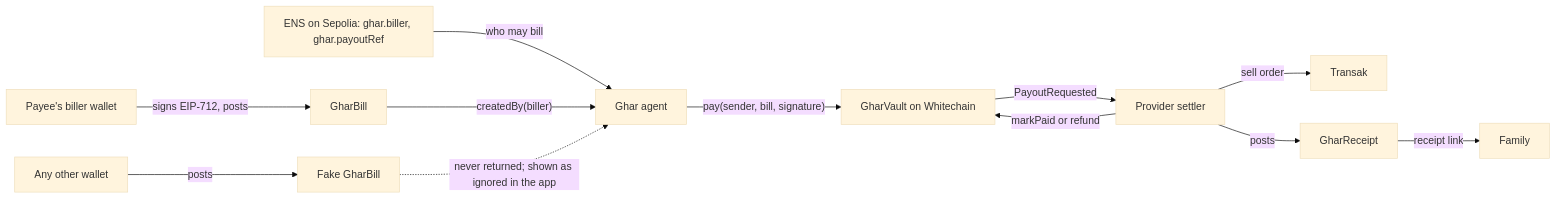
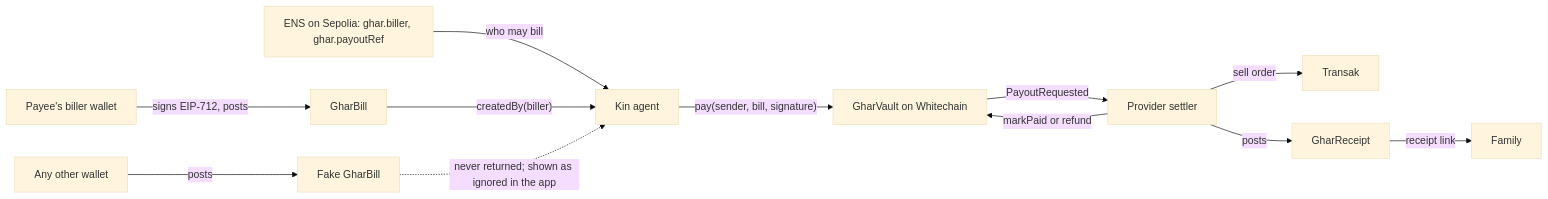
Before and after one commit to asrithtanniru/ETHGlobal: the diagram in arkiv/schema.md, drawn with Mermaid (base theme). The commit also changed other lines of this file and 5 other files, not shown here.

````diff
--- a/arkiv/schema.md
+++ b/arkiv/schema.md
@@ -7,14 +7,14 @@
 ```mermaid
 flowchart LR
   Biller["Payee's biller wallet"] -->|"signs EIP-712, posts"| Bill["GharBill"]
   Scammer["Any other wallet"] -->|"posts"| Fake["Fake GharBill"]
-  ENS["ENS on Sepolia: ghar.biller, ghar.payoutRef"] -->|"who may bill"| Agent["Ghar agent"]
+  ENS["ENS on Sepolia: ghar.biller, ghar.payoutRef"] -->|"who may bill"| Agent["Kin agent"]
   Bill -->|"createdBy(biller)"| Agent
   Fake -.->|"never returned; shown as ignored in the app"| Agent
   Agent -->|"pay(sender, bill, signature)"| Vault["GharVault on Whitechain"]
   Vault -->|"PayoutRequested"| Settler["Provider settler"]
   Settler -->|"sell order"| Transak["Transak"]
   Settler -->|"markPaid or refund"| Vault
   Settler -->|"posts"| Receipt["GharReceipt"]
   Receipt -->|"receipt link"| Family["Family"]
 ```
````
